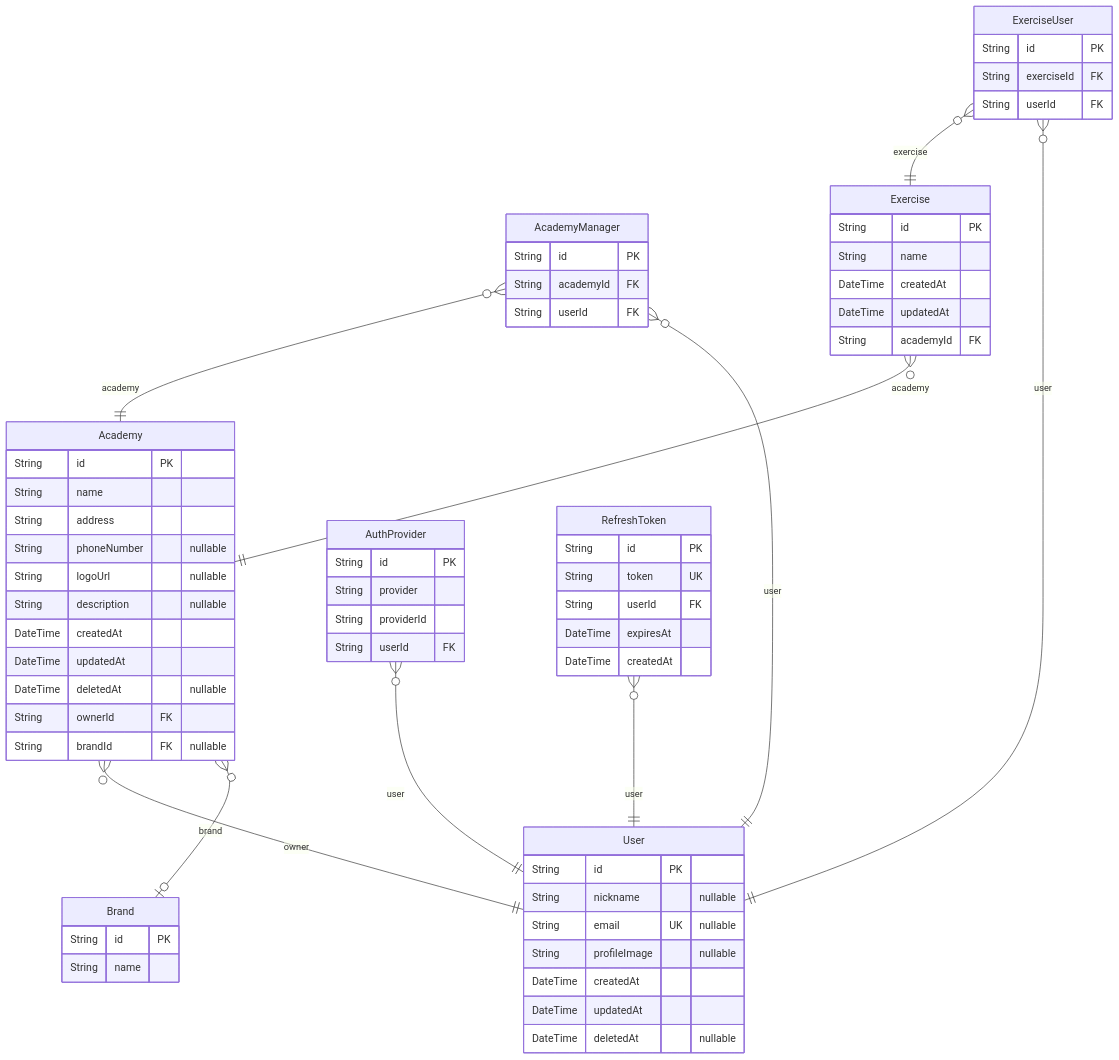
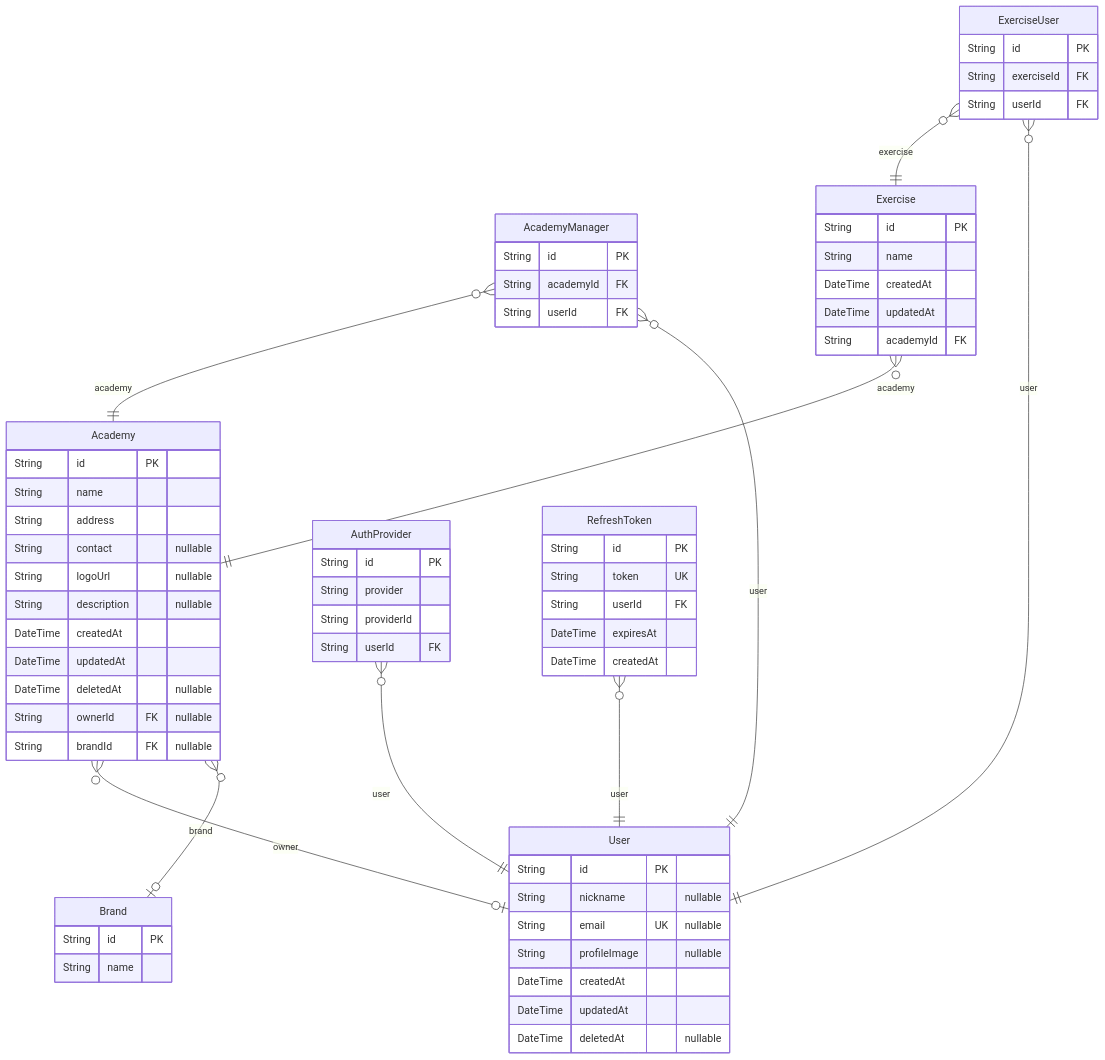
Before and after one commit to qr-time-pocket/backend: the diagram in prisma/ERD.md, drawn with Mermaid. The commit also changed other lines of this file and 4 other files, not shown here.

````diff
--- a/prisma/ERD.md
+++ b/prisma/ERD.md
@@ -9,68 +9,68 @@
 ```mermaid
 erDiagram
 "User" {
   String id PK
   String nickname "nullable"
   String email UK "nullable"
   String profileImage "nullable"
   DateTime createdAt
   DateTime updatedAt
   DateTime deletedAt "nullable"
 }
 "Brand" {
   String id PK
   String name
 }
 "Academy" {
   String id PK
   String name
   String address
-  String phoneNumber "nullable"
+  String contact "nullable"
   String logoUrl "nullable"
   String description "nullable"
   DateTime createdAt
   DateTime updatedAt
   DateTime deletedAt "nullable"
-  String ownerId FK
+  String ownerId FK "nullable"
   String brandId FK "nullable"
 }
 "AcademyManager" {
   String id PK
   String academyId FK
   String userId FK
 }
 "Exercise" {
   String id PK
   String name
   DateTime createdAt
   DateTime updatedAt
   String academyId FK
 }
 "ExerciseUser" {
   String id PK
   String exerciseId FK
   String userId FK
 }
 "AuthProvider" {
   String id PK
   String provider
   String providerId
   String userId FK
 }
 "RefreshToken" {
   String id PK
   String token UK
   String userId FK
   DateTime expiresAt
   DateTime createdAt
 }
-"Academy" }o--|| "User" : owner
+"Academy" }o--o| "User" : owner
 "Academy" }o--o| "Brand" : brand
 "AcademyManager" }o--|| "Academy" : academy
 "AcademyManager" }o--|| "User" : user
 "Exercise" }o--|| "Academy" : academy
 "ExerciseUser" }o--|| "Exercise" : exercise
 "ExerciseUser" }o--|| "User" : user
 "AuthProvider" }o--|| "User" : user
 "RefreshToken" }o--|| "User" : user
 ```
````
